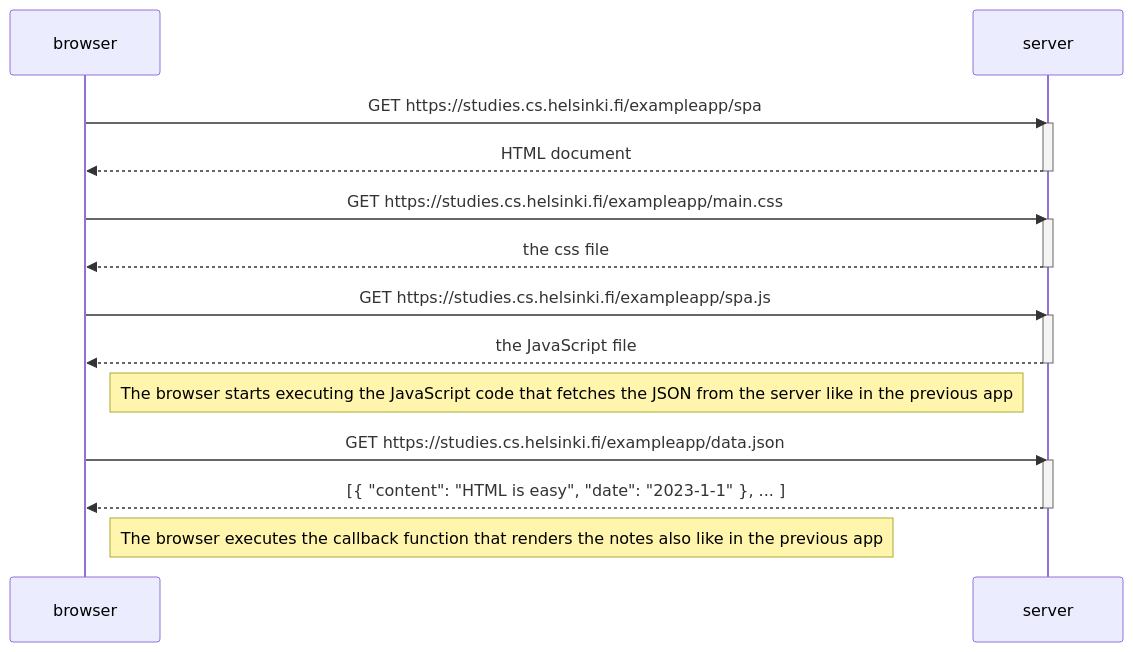
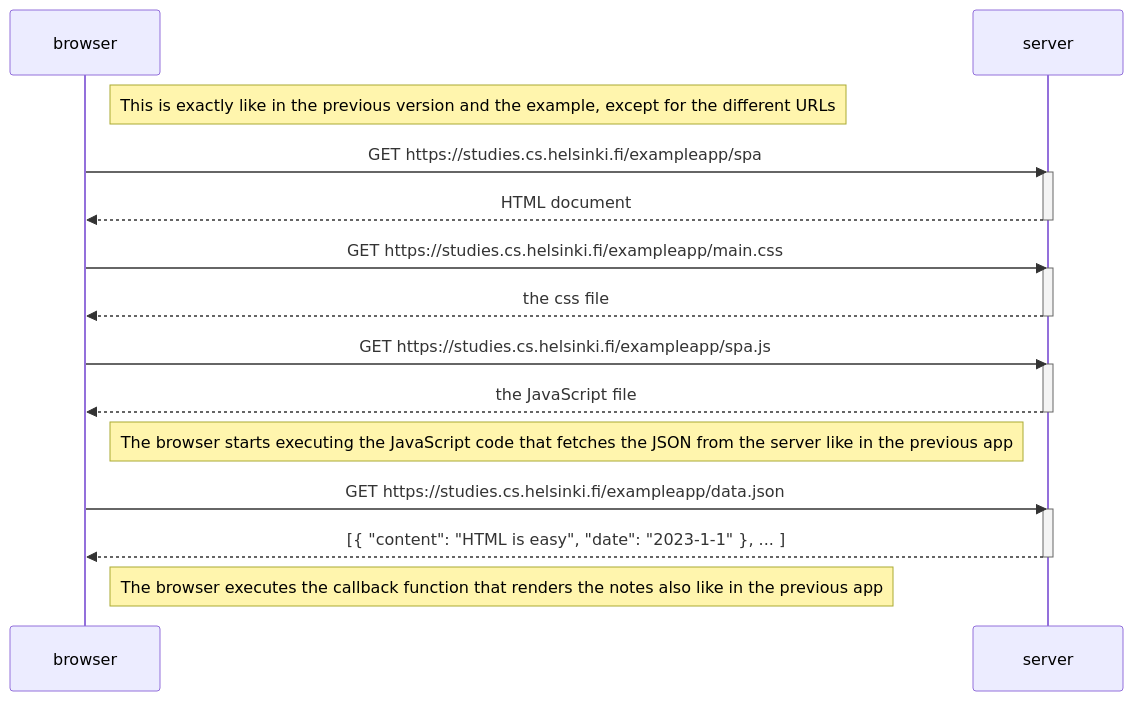
One commit to VilleJuhan1/FullStack-websovelluskehitys2023 changed the diagram in osa0/5_singlePageApp.md. Above: the diagram before and after it, drawn with Mermaid.

Commit message:
some adjustments

````diff
--- a/osa0/5_singlePageApp.md
+++ b/osa0/5_singlePageApp.md
@@ -1,23 +1,24 @@
 ```mermaid
     sequenceDiagram
     participant browser
     participant server
+    Note right of browser: This is exactly like in the previous version and the example, except for the different URLs
     browser->>server: GET https://studies.cs.helsinki.fi/exampleapp/spa
     activate server
     server-->>browser: HTML document
     deactivate server
     browser->>server: GET https://studies.cs.helsinki.fi/exampleapp/main.css
     activate server
     server-->>browser: the css file
     deactivate server
     browser->>server: GET https://studies.cs.helsinki.fi/exampleapp/spa.js
     activate server
     server-->>browser: the JavaScript file
     deactivate server
     Note right of browser: The browser starts executing the JavaScript code that fetches the JSON from the server like in the previous app
     browser->>server: GET https://studies.cs.helsinki.fi/exampleapp/data.json
     activate server
     server-->>browser: [{ "content": "HTML is easy", "date": "2023-1-1" }, ... ]
     deactivate server
     Note right of browser: The browser executes the callback function that renders the notes also like in the previous app
 ```
````
